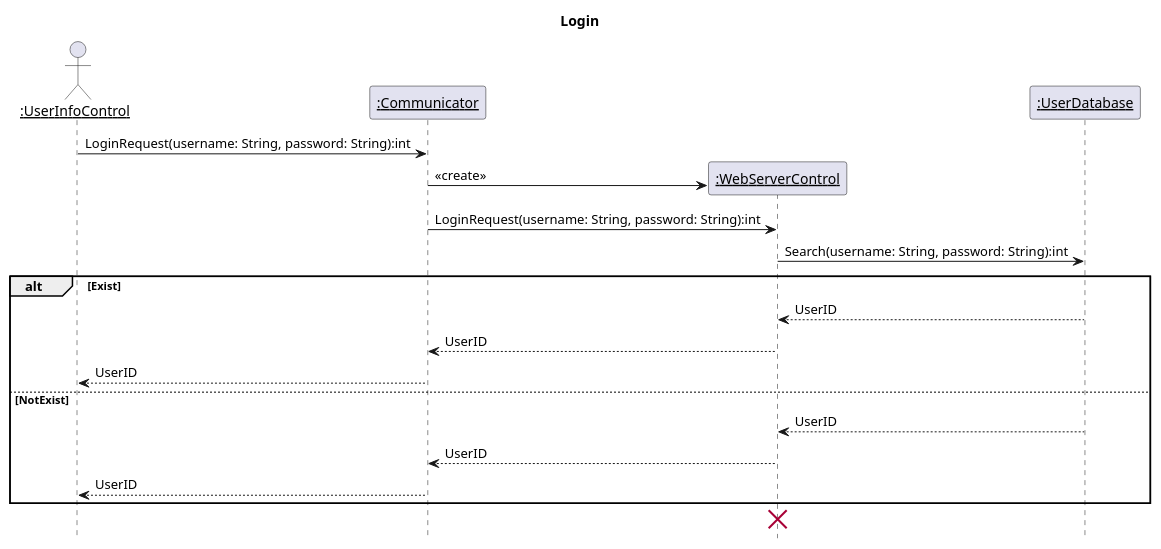
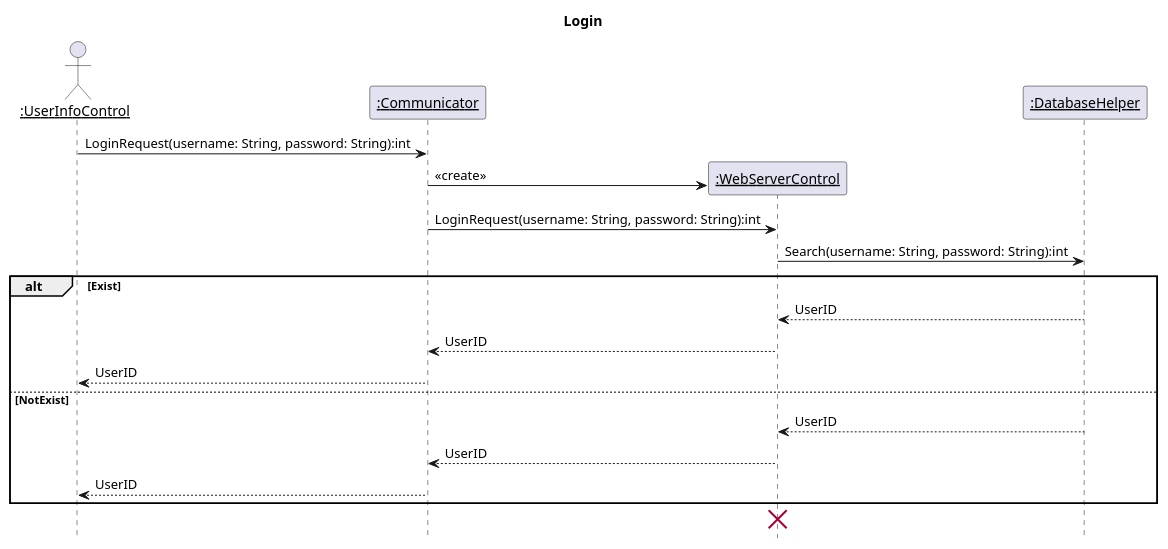
One commit to kpp19920121/doc changed the sixth of 39 diagrams in 设计/顺序图.md. Above: the diagram before and after it, drawn with PlantUML. The commit also changed other lines of this file and 1 other file, not shown here.

Commit message:
改进顺序图与类图一致

````diff
--- a/设计/顺序图.md
+++ b/设计/顺序图.md
@@ -172,26 +172,26 @@
 ```PlantUML
 @startuml Diagrams/LoginServerSequenceDiagram.svg
 hide footbox
 title Login
 skinparam sequenceParticipant underline
 actor ":UserInfoControl" as Client
 participant ":Communicator" as Communicator
 participant ":WebServerControl" as WebServer
-participant ":UserDatabase" as UserDatabase
+participant ":DatabaseHelper" as UserDatabase
 Client->Communicator:LoginRequest(username: String, password: String):int
 create WebServer
 Communicator->WebServer:<<create>>
 Communicator->WebServer:LoginRequest(username: String, password: String):int
 WebServer->UserDatabase:Search(username: String, password: String):int
 alt Exist
   UserDatabase-->WebServer:UserID
   WebServer-->Communicator:UserID
   Communicator-->Client:UserID
 else NotExist
   UserDatabase-->WebServer:UserID
   WebServer-->Communicator:UserID
   Communicator-->Client:UserID
 end
 destroy WebServer
 @enduml
 ```
````
